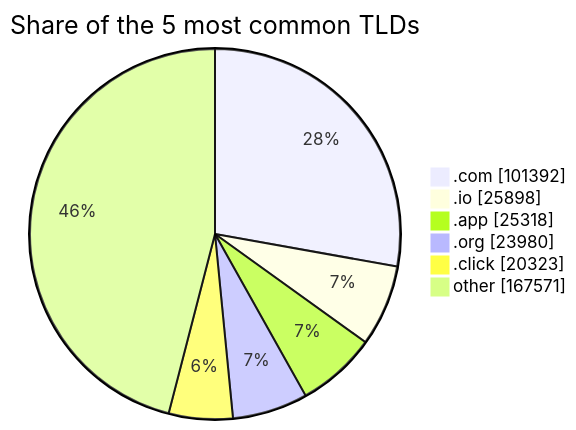
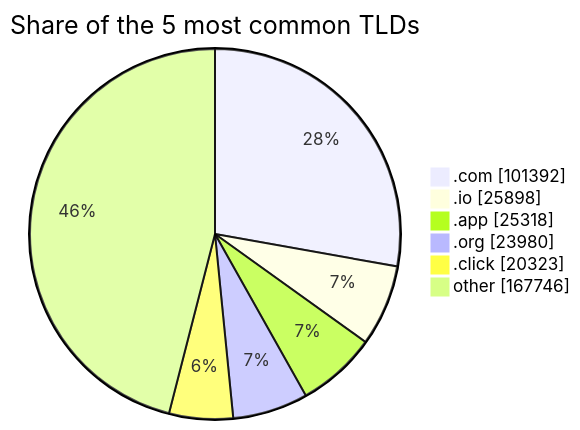
Before and after one commit to DNSBunker/CTI: the third of 3 diagrams in README.md, drawn with Mermaid. The commit also changed other lines of this file and 3 other files, not shown here.

````diff
--- a/README.md
+++ b/README.md
@@ -81,9 +81,9 @@
 ```mermaid
 pie showData title Share of the 5 most common TLDs
     ".com" : 101392
     ".io" : 25898
     ".app" : 25318
     ".org" : 23980
     ".click" : 20323
-    "other" : 167571
+    "other" : 167746
 ```
````
